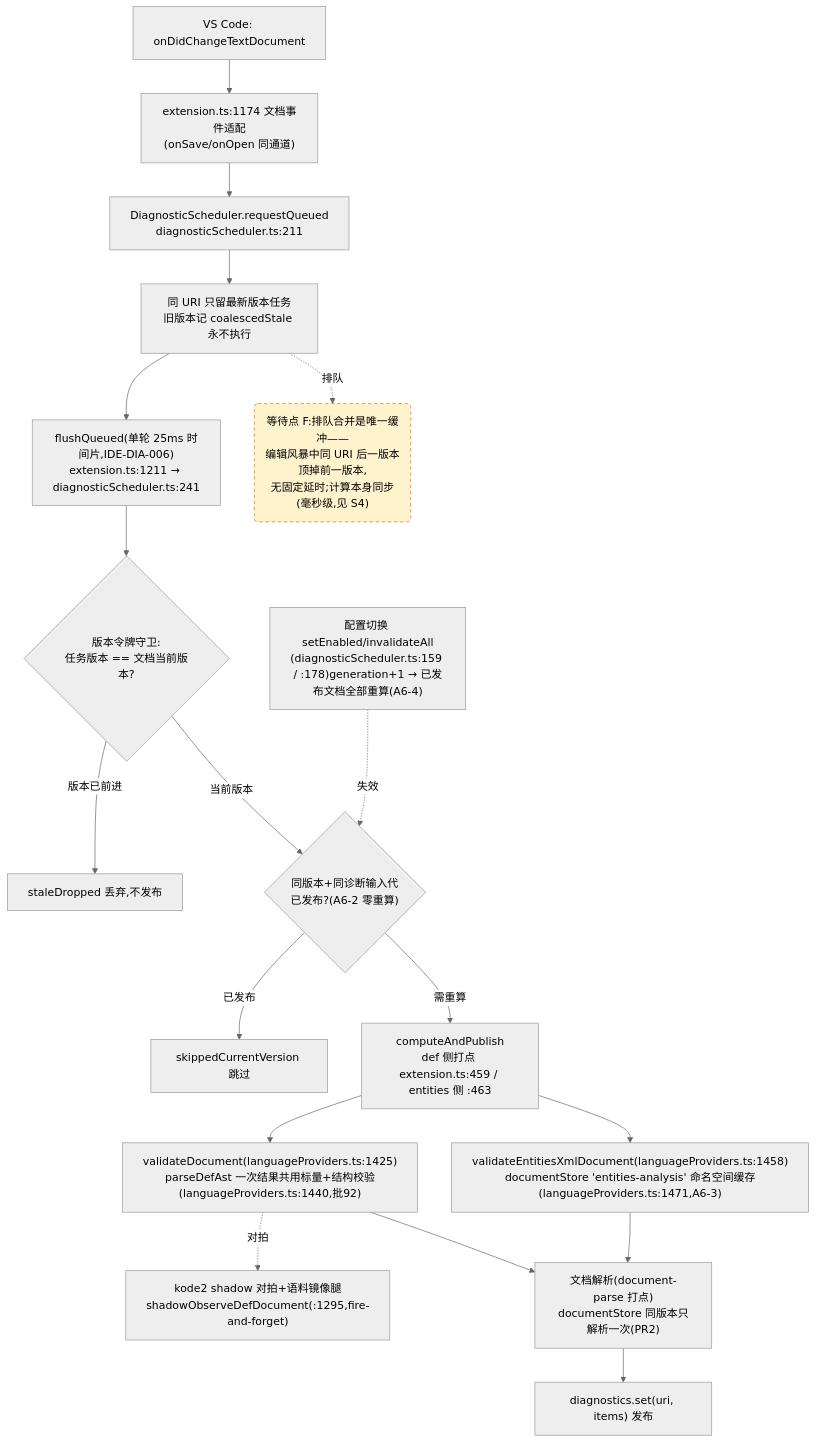
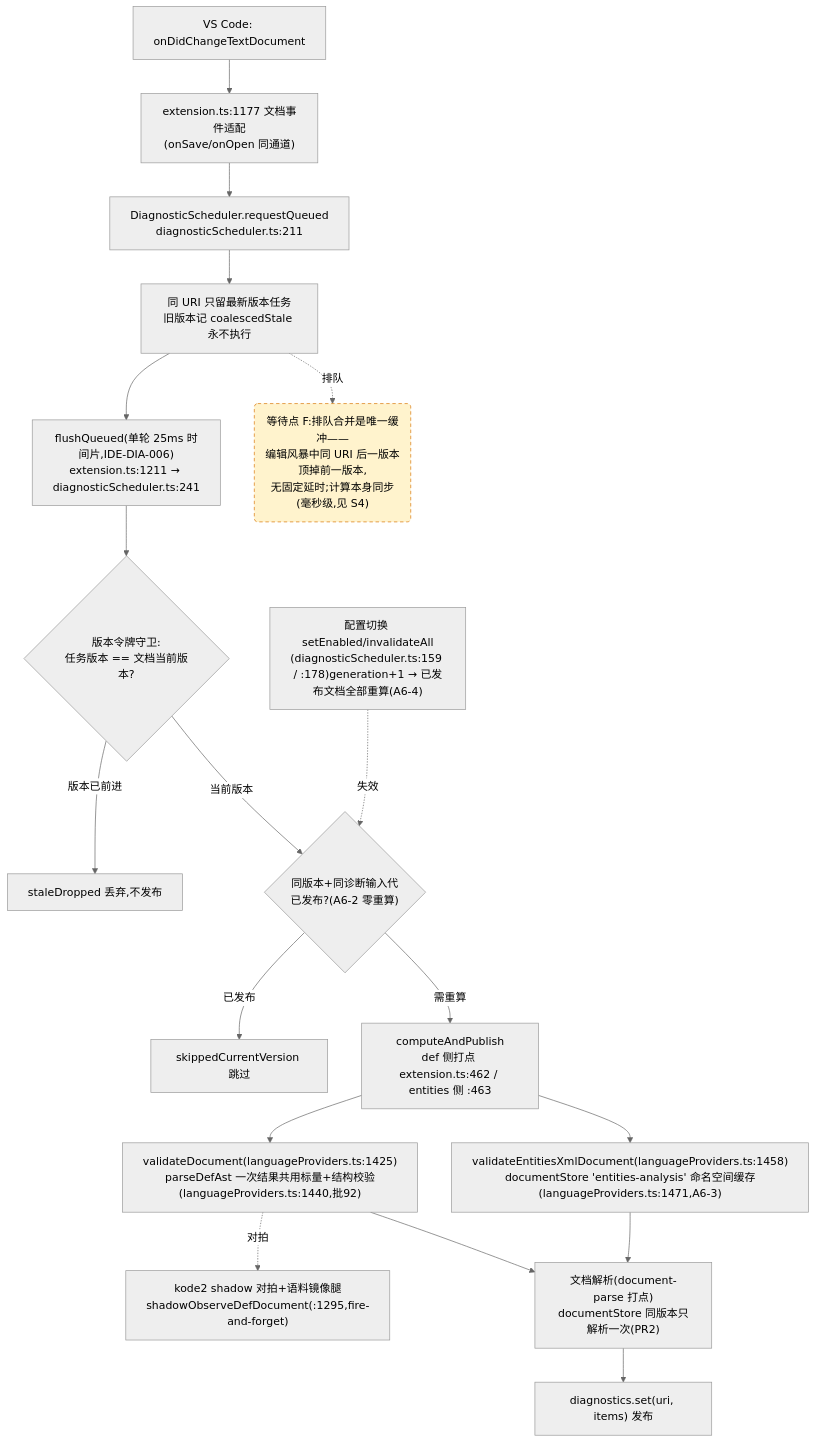
The fourth of 4 diagrams in docs/perf/2026-baseline.md (cuihairu/kode), drawn with Mermaid (neutral theme) before and after one commit. The commit also changed other lines of this file and 10 other files, not shown here.

````diff
--- a/docs/perf/2026-baseline.md
+++ b/docs/perf/2026-baseline.md
@@ -214,38 +214,38 @@
 ```mermaid
 flowchart TD
   CHG["VS Code: onDidChangeTextDocument"]
-  WATCH["extension.ts:1174 文档事件适配<br/>(onSave/onOpen 同通道)"]
+  WATCH["extension.ts:1177 文档事件适配<br/>(onSave/onOpen 同通道)"]
   RQ["DiagnosticScheduler.requestQueued<br/>diagnosticScheduler.ts:211"]
   CO["同 URI 只留最新版本任务<br/>旧版本记 coalescedStale 永不执行"]
   FL["flushQueued(单轮 25ms 时间片,IDE-DIA-006)<br/>extension.ts:1211 → diagnosticScheduler.ts:241"]
   VG{"版本令牌守卫:<br/>任务版本 == 文档当前版本?"}
   DROP["staleDropped 丢弃,不发布"]
   GEN{"同版本+同诊断输入代<br/>已发布?(A6-2 零重算)"}
   SKIP["skippedCurrentVersion 跳过"]
-  CALC["computeAndPublish<br/>def 侧打点 extension.ts:459 / entities 侧 :463"]
+  CALC["computeAndPublish<br/>def 侧打点 extension.ts:462 / entities 侧 :463"]
   VD["validateDocument(languageProviders.ts:1425)<br/>parseDefAst 一次结果共用标量+结构校验(languageProviders.ts:1440,批92)"]
   VEX["validateEntitiesXmlDocument(languageProviders.ts:1458)<br/>documentStore 'entities-analysis' 命名空间缓存(languageProviders.ts:1471,A6-3)"]
   SHDD["kode2 shadow 对拍+语料镜像腿<br/>shadowObserveDefDocument(:1295,fire-and-forget)"]
   DS["文档解析(document-parse 打点)<br/>documentStore 同版本只解析一次(PR2)"]
   PUB["diagnostics.set(uri, items) 发布"]
   CFG2["配置切换 setEnabled/invalidateAll<br/>(diagnosticScheduler.ts:159 / :178)generation+1 → 已发布文档全部重算(A6-4)"]
 
   CHG --> WATCH --> RQ --> CO --> FL --> VG
   VG -- "版本已前进" --> DROP
   VG -- "当前版本" --> GEN
   GEN -- "已发布" --> SKIP
   GEN -- "需重算" --> CALC
   CALC --> VD
   CALC --> VEX
   VD --> DS
   VEX --> DS
   DS --> PUB
   VD -.->|对拍| SHDD
   CFG2 -.->|失效| GEN
 
   WAITF("等待点 F:排队合并是唯一缓冲——<br/>编辑风暴中同 URI 后一版本顶掉前一版本,<br/>无固定延时;计算本身同步(毫秒级,见 S4)")
   CO -.->|排队| WAITF
 
   classDef waitPoint fill:#fff3cd,stroke:#d97706,stroke-dasharray:5 4;
   class WAITF waitPoint;
 ```
````
